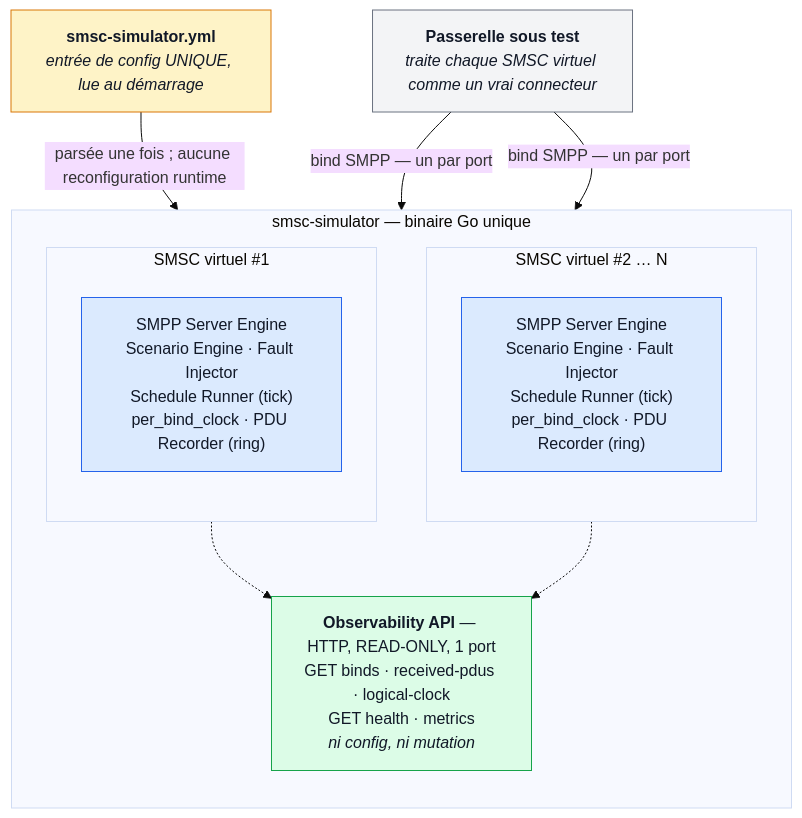
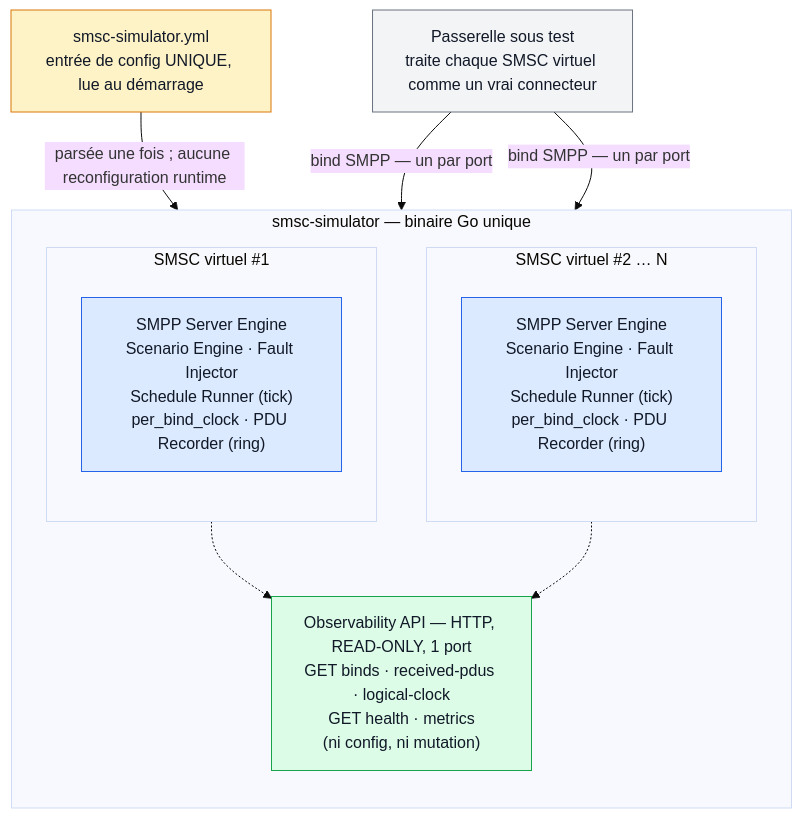
The diagram in docs/guide/explanation/images/architecture-overview.mmd (martialanouman/go-smsc-simulator), drawn with Mermaid (base theme) before and after one commit. The commit also changed 4 other files, not shown here.

First line of the commit message:
fix(docs): render diagram labels as native SVG text, not HTML

```diff
--- a/docs/guide/explanation/images/architecture-overview.mmd
+++ b/docs/guide/explanation/images/architecture-overview.mmd
@@ -1,34 +1,34 @@
 %% Source Mermaid de architecture-overview.svg. Régénérer avec : make diagrams
 %% Éditer ce fichier (jamais le SVG dérivé), puis relancer make diagrams.
 flowchart TB
-  yml["<b>smsc-simulator.yml</b><br/><i>entrée de config UNIQUE, lue au démarrage</i>"]
+  yml["smsc-simulator.yml<br/>entrée de config UNIQUE, lue au démarrage"]
 
   subgraph binaire["smsc-simulator — binaire Go unique"]
     direction TB
     subgraph v1["SMSC virtuel #1"]
       direction TB
       e1["SMPP Server Engine<br/>Scenario Engine · Fault Injector<br/>Schedule Runner (tick)<br/>per_bind_clock · PDU Recorder (ring)"]
     end
     subgraph v2["SMSC virtuel #2 … N"]
       direction TB
       e2["SMPP Server Engine<br/>Scenario Engine · Fault Injector<br/>Schedule Runner (tick)<br/>per_bind_clock · PDU Recorder (ring)"]
     end
-    obs["<b>Observability API</b> — HTTP, READ-ONLY, 1 port<br/>GET binds · received-pdus · logical-clock<br/>GET health · metrics<br/><i>ni config, ni mutation</i>"]
+    obs["Observability API — HTTP, READ-ONLY, 1 port<br/>GET binds · received-pdus · logical-clock<br/>GET health · metrics<br/>(ni config, ni mutation)"]
   end
 
-  gw["<b>Passerelle sous test</b><br/><i>traite chaque SMSC virtuel comme un vrai connecteur</i>"]
+  gw["Passerelle sous test<br/>traite chaque SMSC virtuel comme un vrai connecteur"]
 
   yml -->|parsée une fois ; aucune reconfiguration runtime| binaire
   v1 -.-> obs
   v2 -.-> obs
   gw -->|bind SMPP — un par port| v1
   gw -->|bind SMPP — un par port| v2
 
   classDef cfg fill:#fef3c7,stroke:#d97706,color:#111827;
   classDef vsmsc fill:#dbeafe,stroke:#2563eb,color:#111827;
   classDef readonly fill:#dcfce7,stroke:#16a34a,color:#111827;
   classDef ext fill:#f3f4f6,stroke:#6b7280,color:#111827;
   class yml cfg;
   class e1,e2 vsmsc;
   class obs readonly;
   class gw ext;
```
